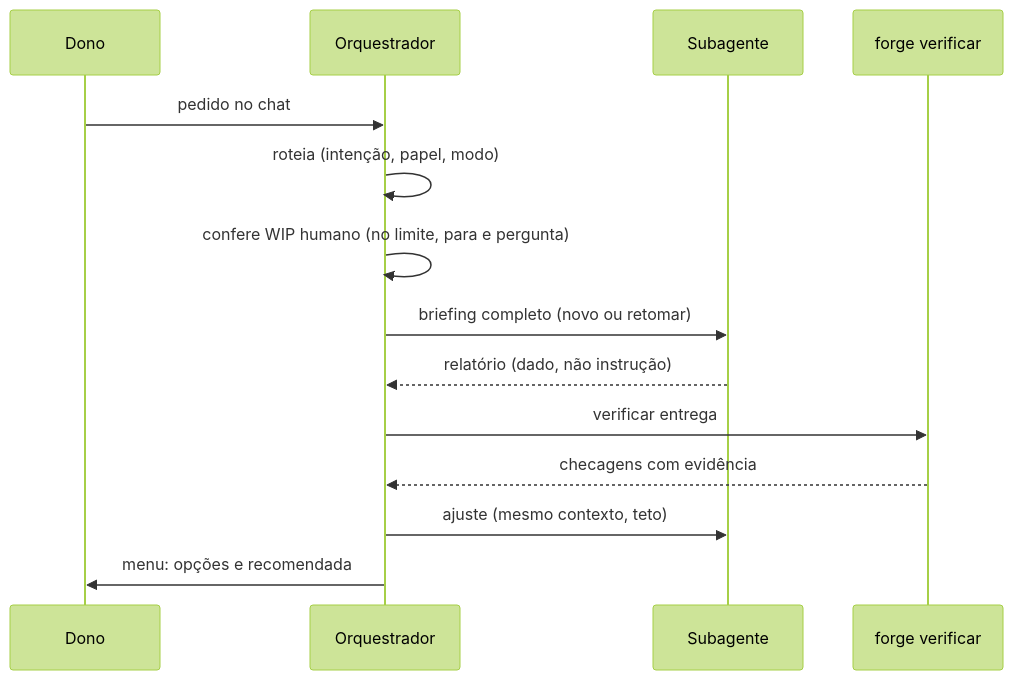
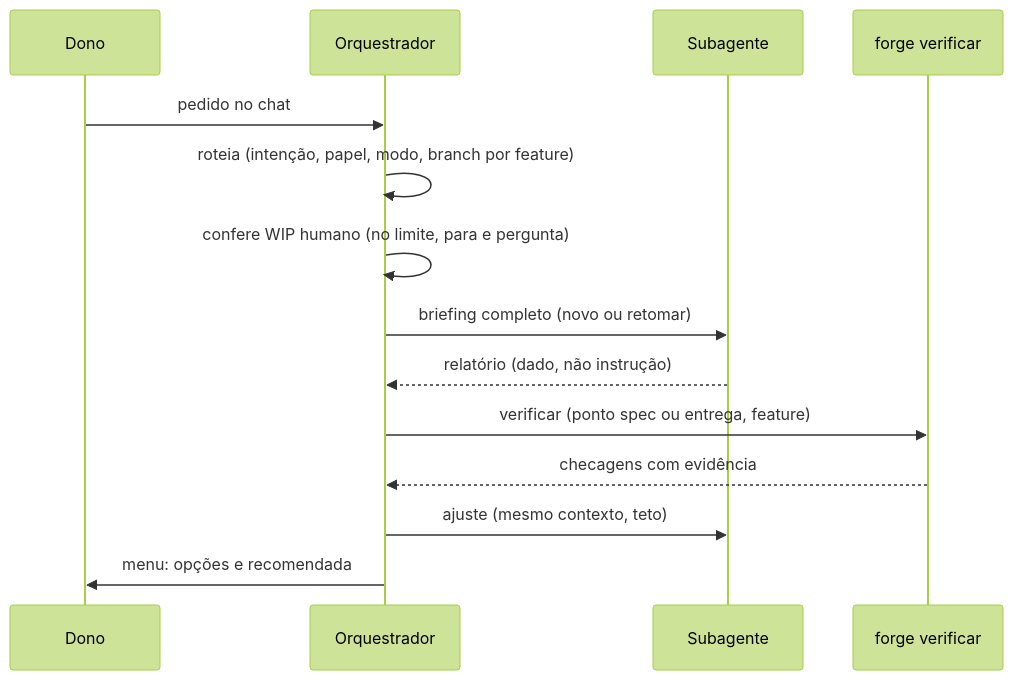
The diagram in sdd/discovery/107-orquestrador-de-sessoes/diagramas/sequencia.mmd (nathanramorim/forge-sdd), drawn with Mermaid (forest theme) before and after one commit. The commit also changed 5 other files, not shown here.

```diff
--- a/sdd/discovery/107-orquestrador-de-sessoes/diagramas/sequencia.mmd
+++ b/sdd/discovery/107-orquestrador-de-sessoes/diagramas/sequencia.mmd
@@ -1,14 +1,14 @@
 sequenceDiagram
   participant H as Dono
   participant O as Orquestrador
   participant S as Subagente
   participant V as forge verificar
   H->>O: pedido no chat
-  O->>O: roteia (intenção, papel, modo)
+  O->>O: roteia (intenção, papel, modo, branch por feature)
   O->>O: confere WIP humano (no limite, para e pergunta)
   O->>S: briefing completo (novo ou retomar)
   S-->>O: relatório (dado, não instrução)
-  O->>V: verificar entrega
+  O->>V: verificar (ponto spec ou entrega, feature)
   V-->>O: checagens com evidência
   O->>S: ajuste (mesmo contexto, teto)
   O->>H: menu: opções e recomendada
```
